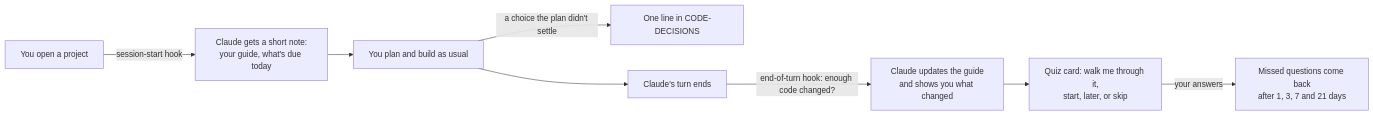
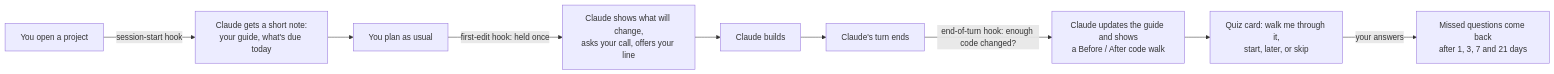
The diagram in README.md (swapnildhiman19/own-the-code), drawn with Mermaid before and after one commit. The commit also changed other lines of this file and 22 other files, not shown here.

First line of the commit message:
Own 0.3.0: show before you ask, and make the code yours

````diff
--- a/README.md
+++ b/README.md
@@ -122,10 +122,11 @@
 ```mermaid
 flowchart LR
     A[You open a project] -->|session-start hook| B[Claude gets a short note:<br>your guide, what's due today]
-    B --> C[You plan and build as usual]
-    C -->|a choice the plan didn't settle| D[One line in CODE-DECISIONS]
-    C --> E[Claude's turn ends]
-    E -->|end-of-turn hook: enough code changed?| F[Claude updates the guide<br>and shows you what changed]
+    B --> C[You plan as usual]
+    C -->|first-edit hook: held once| S[Claude shows what will change,<br>asks your call, offers your line]
+    S --> D[Claude builds]
+    D --> E[Claude's turn ends]
+    E -->|end-of-turn hook: enough code changed?| F[Claude updates the guide and shows<br>a Before / After code walk]
     F --> G[Quiz card: walk me through it,<br>start, later, or skip]
     G -->|your answers| H[Missed questions come back<br>after 1, 3, 7 and 21 days]
 ```
````
